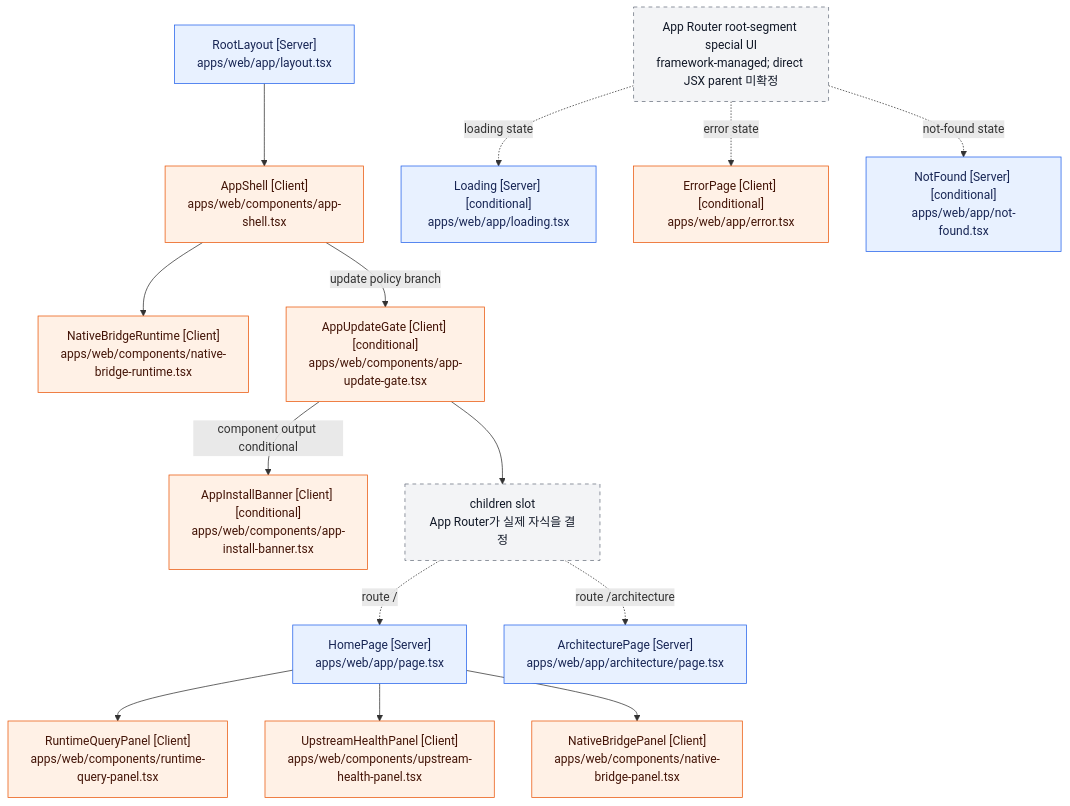
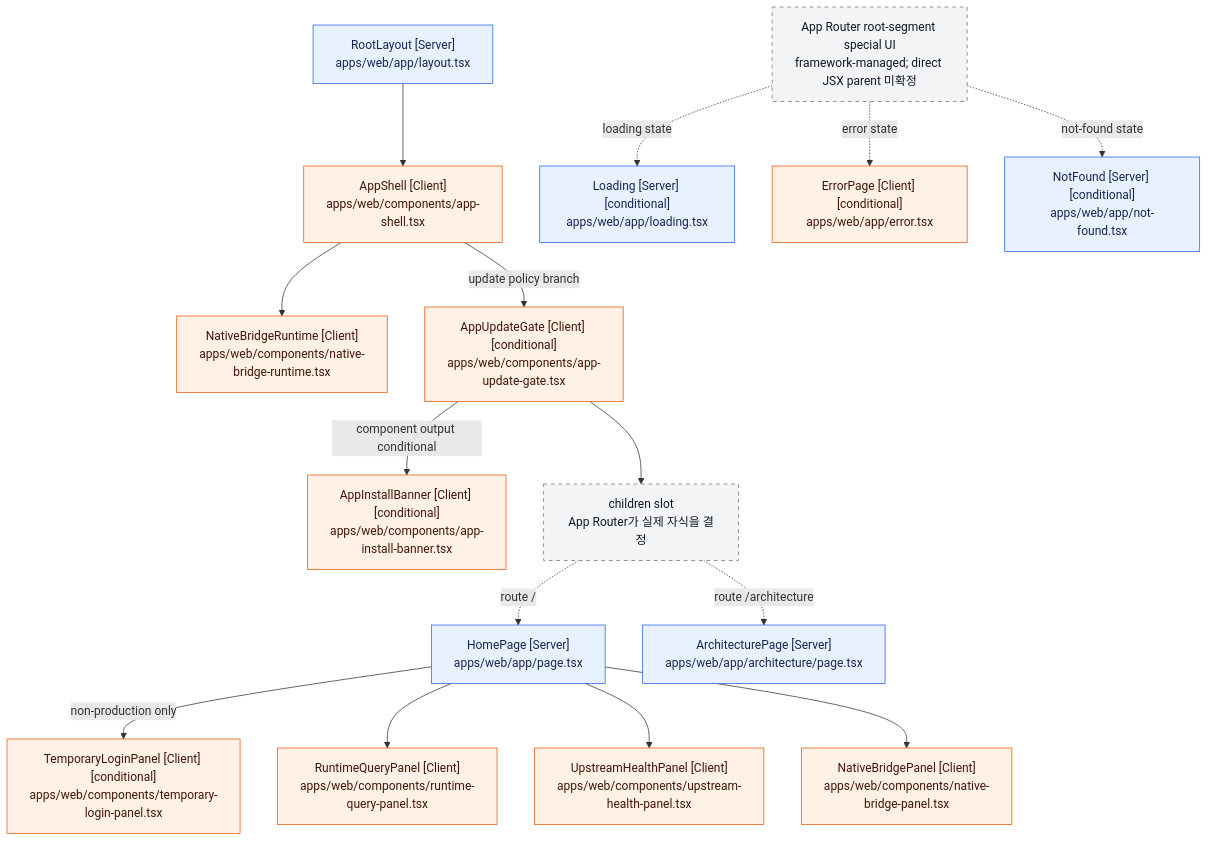
One commit to mokpombc17-coder/CIVIC-AI changed the diagram in docs/architecture/react-component-tree.md. Above: the diagram before and after it, drawn with Mermaid. The commit also changed other lines of this file and 12 other files, not shown here.

````diff
--- a/docs/architecture/react-component-tree.md
+++ b/docs/architecture/react-component-tree.md
@@ -77,46 +79,48 @@
 ```mermaid
 flowchart TD
     RootLayout["RootLayout [Server]<br/>apps/web/app/layout.tsx"]
     AppShell["AppShell [Client]<br/>apps/web/components/app-shell.tsx"]
     NativeBridgeRuntime["NativeBridgeRuntime [Client]<br/>apps/web/components/native-bridge-runtime.tsx"]
     AppUpdateGate["AppUpdateGate [Client] [conditional]<br/>apps/web/components/app-update-gate.tsx"]
     AppInstallBanner["AppInstallBanner [Client] [conditional]<br/>apps/web/components/app-install-banner.tsx"]
     ChildrenSlot["children slot<br/>App Router가 실제 자식을 결정"]
 
     HomePage["HomePage [Server]<br/>apps/web/app/page.tsx"]
+    TemporaryLoginPanel["TemporaryLoginPanel [Client] [conditional]<br/>apps/web/components/temporary-login-panel.tsx"]
     RuntimeQueryPanel["RuntimeQueryPanel [Client]<br/>apps/web/components/runtime-query-panel.tsx"]
     UpstreamHealthPanel["UpstreamHealthPanel [Client]<br/>apps/web/components/upstream-health-panel.tsx"]
     NativeBridgePanel["NativeBridgePanel [Client]<br/>apps/web/components/native-bridge-panel.tsx"]
 
     ArchitecturePage["ArchitecturePage [Server]<br/>apps/web/app/architecture/page.tsx"]
 
     SpecialBoundary["App Router root-segment special UI<br/>framework-managed; direct JSX parent 미확정"]
     Loading["Loading [Server] [conditional]<br/>apps/web/app/loading.tsx"]
     ErrorPage["ErrorPage [Client] [conditional]<br/>apps/web/app/error.tsx"]
     NotFound["NotFound [Server] [conditional]<br/>apps/web/app/not-found.tsx"]
 
     RootLayout --> AppShell
     AppShell --> NativeBridgeRuntime
     AppShell -->|"update policy branch"| AppUpdateGate
     AppUpdateGate -->|"component output conditional"| AppInstallBanner
     AppUpdateGate --> ChildrenSlot
 
     ChildrenSlot -. "route /" .-> HomePage
+    HomePage -->|"non-production only"| TemporaryLoginPanel
     HomePage --> RuntimeQueryPanel
     HomePage --> UpstreamHealthPanel
     HomePage --> NativeBridgePanel
 
     ChildrenSlot -. "route /architecture" .-> ArchitecturePage
 
     SpecialBoundary -. "loading state" .-> Loading
     SpecialBoundary -. "error state" .-> ErrorPage
     SpecialBoundary -. "not-found state" .-> NotFound
 
     classDef server fill:#e8f1ff,stroke:#2563eb,color:#172554;
     classDef client fill:#fff1e6,stroke:#ea580c,color:#431407;
     classDef framework fill:#f3f4f6,stroke:#6b7280,color:#111827,stroke-dasharray:5 5;
 
     class RootLayout,HomePage,ArchitecturePage,Loading,NotFound server;
-    class AppShell,NativeBridgeRuntime,AppUpdateGate,AppInstallBanner,RuntimeQueryPanel,UpstreamHealthPanel,NativeBridgePanel,ErrorPage client;
+    class AppShell,NativeBridgeRuntime,AppUpdateGate,AppInstallBanner,TemporaryLoginPanel,RuntimeQueryPanel,UpstreamHealthPanel,NativeBridgePanel,ErrorPage client;
     class ChildrenSlot,SpecialBoundary framework;
 ```
````
